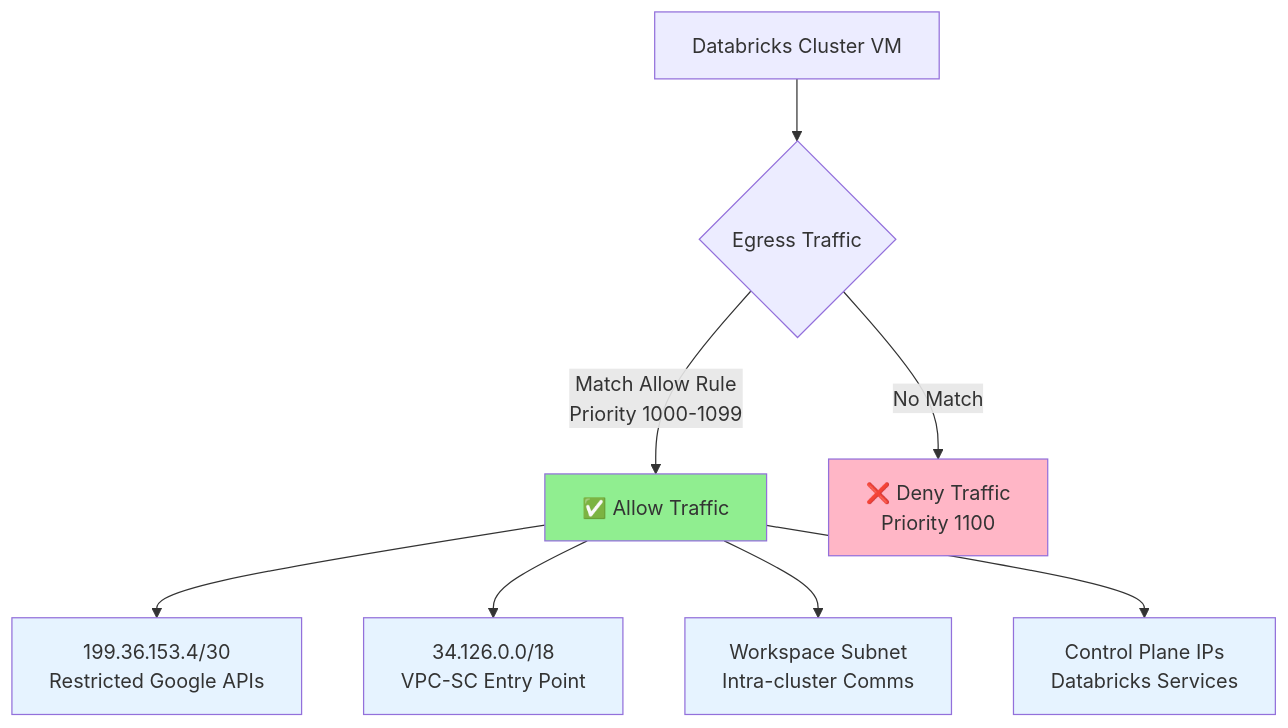
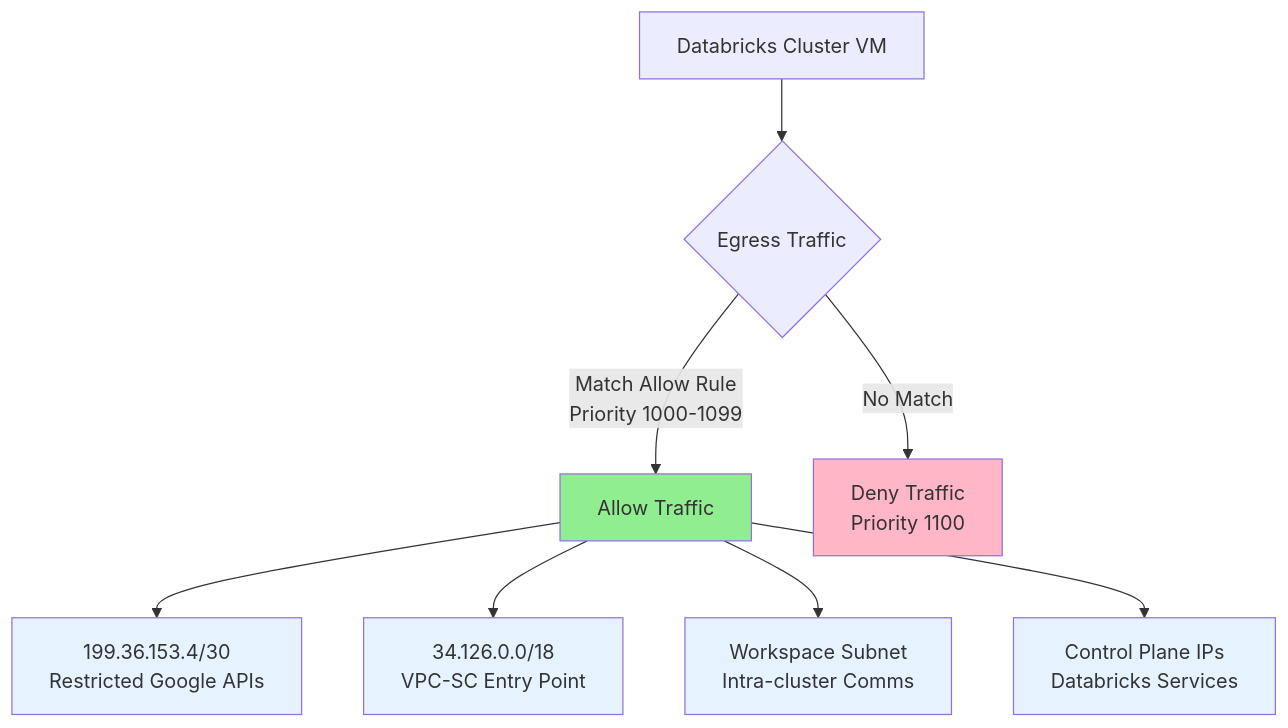
One commit to bhavink/databricks changed the first of 3 diagrams in gcpdb4u/security/LockDown-VPC-Firewall-Rules.md. Above: the diagram before and after it, drawn with Mermaid. The commit also changed other lines of this file and 81 other files, not shown here.

````diff
--- a/gcpdb4u/security/LockDown-VPC-Firewall-Rules.md
+++ b/gcpdb4u/security/LockDown-VPC-Firewall-Rules.md
@@ -18,18 +18,18 @@
 ```mermaid
 graph TD
     Start[Databricks Cluster VM] --> Check{Egress Traffic}
-    Check -->|Match Allow Rule<br/>Priority 1000-1099| Allow[✅ Allow Traffic]
-    Check -->|No Match| Deny[❌ Deny Traffic<br/>Priority 1100]
+    Check -->|Match Allow Rule<br/>Priority 1000-1099| Allow[ Allow Traffic]
+    Check -->|No Match| Deny[ Deny Traffic<br/>Priority 1100]
 
     Allow --> Dest1[199.36.153.4/30<br/>Restricted Google APIs]
     Allow --> Dest2[34.126.0.0/18<br/>VPC-SC Entry Point]
     Allow --> Dest3[Workspace Subnet<br/>Intra-cluster Comms]
     Allow --> Dest4[Control Plane IPs<br/>Databricks Services]
 
     style Allow fill:#90EE90
     style Deny fill:#FFB6C6
     style Dest1 fill:#E6F3FF
     style Dest2 fill:#E6F3FF
     style Dest3 fill:#E6F3FF
     style Dest4 fill:#E6F3FF
 ```
````
